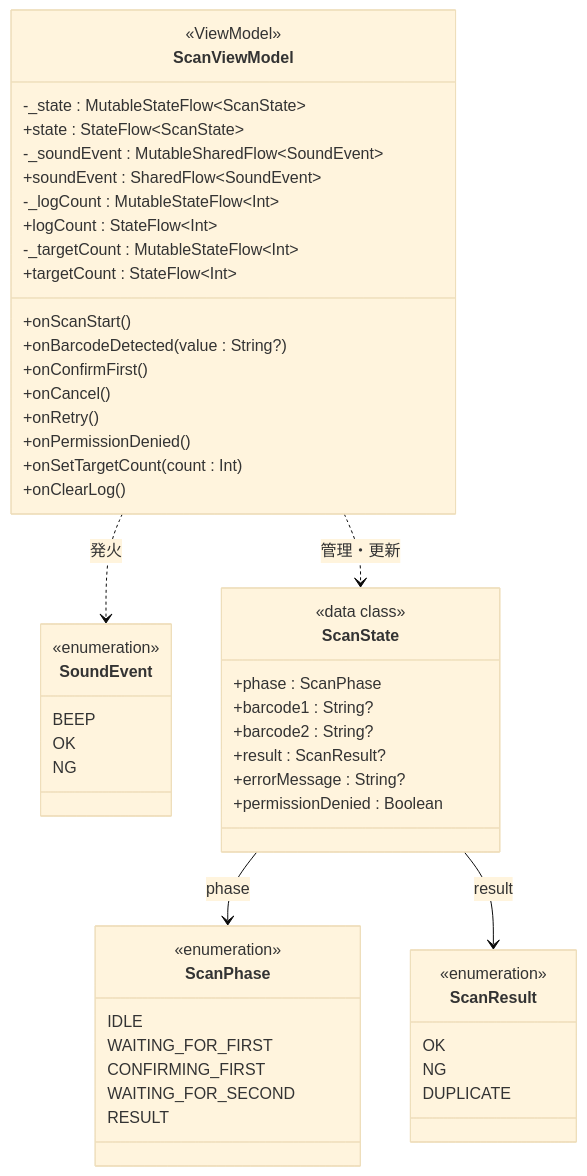
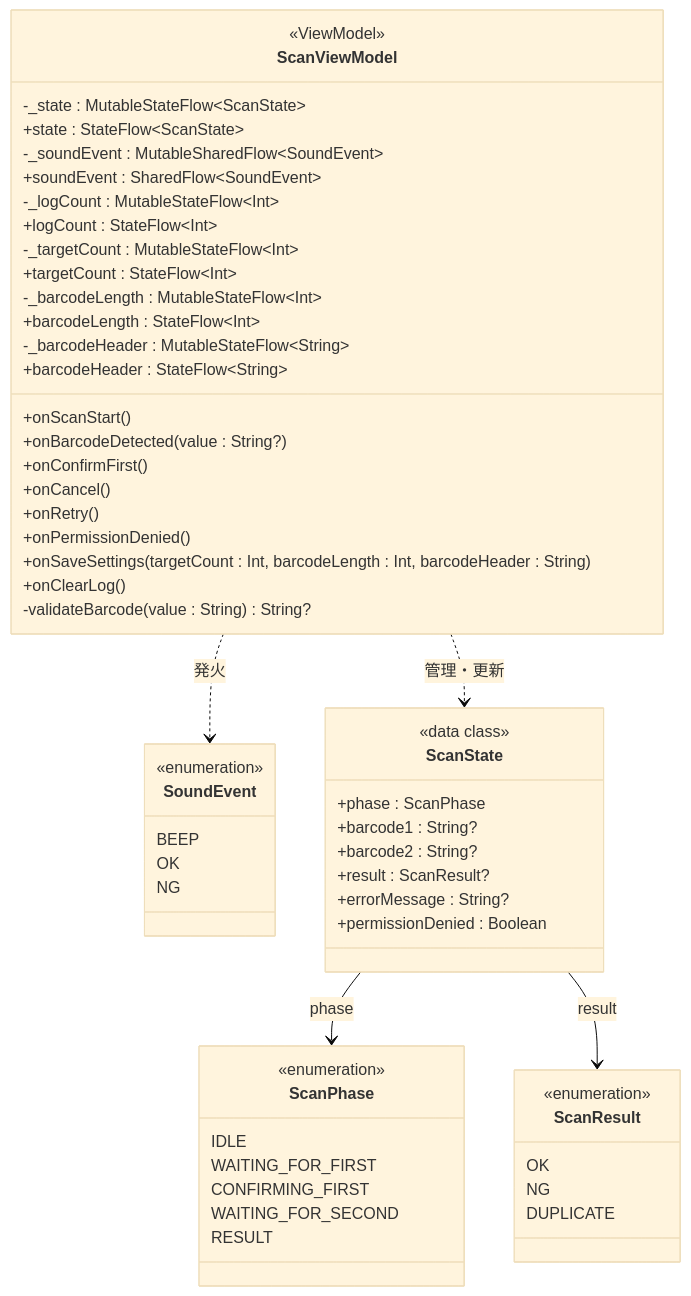
One commit to garyohosu/ocrreader changed the second of 3 diagrams in CLASS.md. Above: the diagram before and after it, drawn with Mermaid (base theme). The commit also changed other lines of this file and 6 other files, not shown here.

````diff
--- a/CLASS.md
+++ b/CLASS.md
@@ -215,60 +224,65 @@
 ```mermaid
 classDiagram
     class ScanPhase {
         <<enumeration>>
         IDLE
         WAITING_FOR_FIRST
         CONFIRMING_FIRST
         WAITING_FOR_SECOND
         RESULT
     }
 
     class ScanResult {
         <<enumeration>>
         OK
         NG
         DUPLICATE
     }
 
     class SoundEvent {
         <<enumeration>>
         BEEP
         OK
         NG
     }
 
     class ScanState {
         <<data class>>
         +phase : ScanPhase
         +barcode1 : String?
         +barcode2 : String?
         +result : ScanResult?
         +errorMessage : String?
         +permissionDenied : Boolean
     }
 
     class ScanViewModel {
         <<ViewModel>>
         -_state : MutableStateFlow~ScanState~
         +state : StateFlow~ScanState~
         -_soundEvent : MutableSharedFlow~SoundEvent~
         +soundEvent : SharedFlow~SoundEvent~
         -_logCount : MutableStateFlow~Int~
         +logCount : StateFlow~Int~
         -_targetCount : MutableStateFlow~Int~
         +targetCount : StateFlow~Int~
+        -_barcodeLength : MutableStateFlow~Int~
+        +barcodeLength : StateFlow~Int~
+        -_barcodeHeader : MutableStateFlow~String~
+        +barcodeHeader : StateFlow~String~
         +onScanStart()
         +onBarcodeDetected(value : String?)
         +onConfirmFirst()
         +onCancel()
         +onRetry()
         +onPermissionDenied()
-        +onSetTargetCount(count : Int)
+        +onSaveSettings(targetCount : Int, barcodeLength : Int, barcodeHeader : String)
         +onClearLog()
+        -validateBarcode(value : String) String?
     }
 
     ScanState --> ScanPhase : phase
     ScanState --> ScanResult : result
     ScanViewModel ..> ScanState : 管理・更新
     ScanViewModel ..> SoundEvent : 発火
 ```
````
